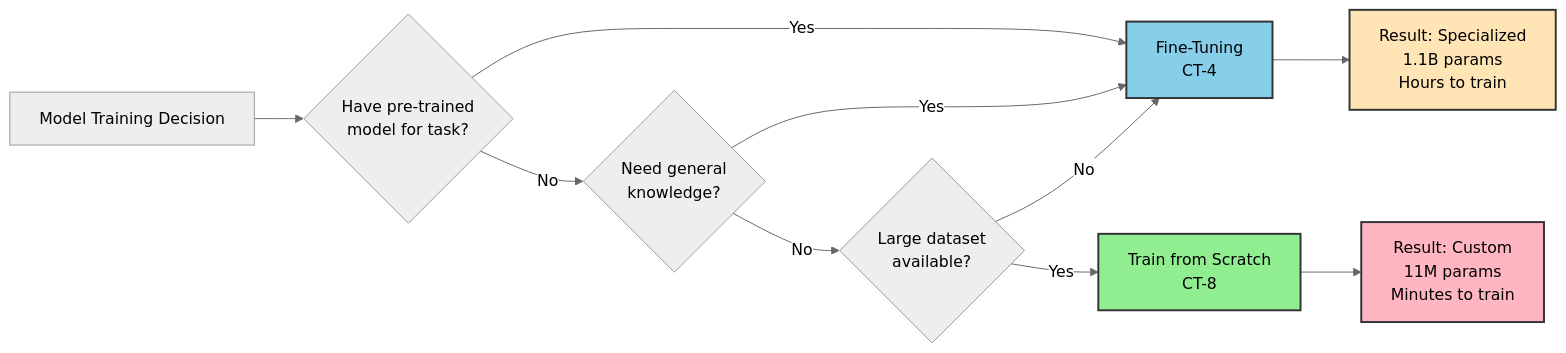
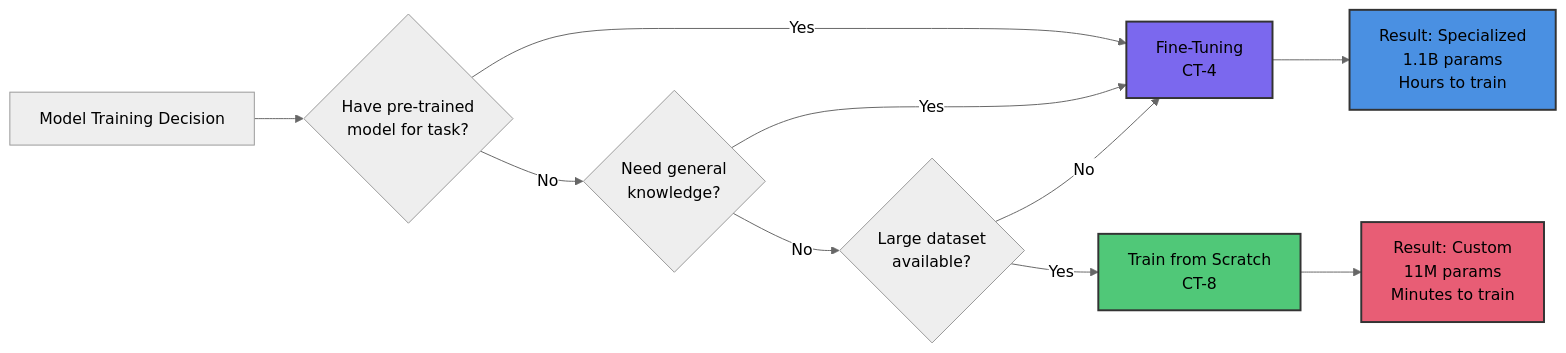
The first of 10 diagrams in content/lessons/ct8-training-from-scratch.md (tenstorrent/tt-vscode-toolkit), drawn with Mermaid (neutral theme) before and after one commit. The commit also changed other lines of this file and 9 other files, not shown here.

````diff
--- a/content/lessons/ct8-training-from-scratch.md
+++ b/content/lessons/ct8-training-from-scratch.md
@@ -66,20 +66,20 @@
 ```mermaid
 graph LR
     A[Model Training Decision] --> B{Have pre-trained<br/>model for task?}
     B -->|Yes| C[Fine-Tuning<br/>CT-4]
     B -->|No| D{Need general<br/>knowledge?}
 
     D -->|Yes| C
     D -->|No| E{Large dataset<br/>available?}
 
     E -->|Yes| F[Train from Scratch<br/>CT-8]
     E -->|No| C
 
     C --> G[Result: Specialized<br/>1.1B params<br/>Hours to train]
     F --> H[Result: Custom<br/>11M params<br/>Minutes to train]
 
-    style C fill:#87CEEB,stroke:#333,stroke-width:2px
-    style F fill:#90EE90,stroke:#333,stroke-width:2px
-    style G fill:#FFE4B5,stroke:#333,stroke-width:2px
-    style H fill:#FFB6C1,stroke:#333,stroke-width:2px
+    style C fill:#7B68EE,stroke:#333,stroke-width:2px
+    style F fill:#50C878,stroke:#333,stroke-width:2px
+    style G fill:#4A90E2,stroke:#333,stroke-width:2px
+    style H fill:#E85D75,stroke:#333,stroke-width:2px
 ```
````
